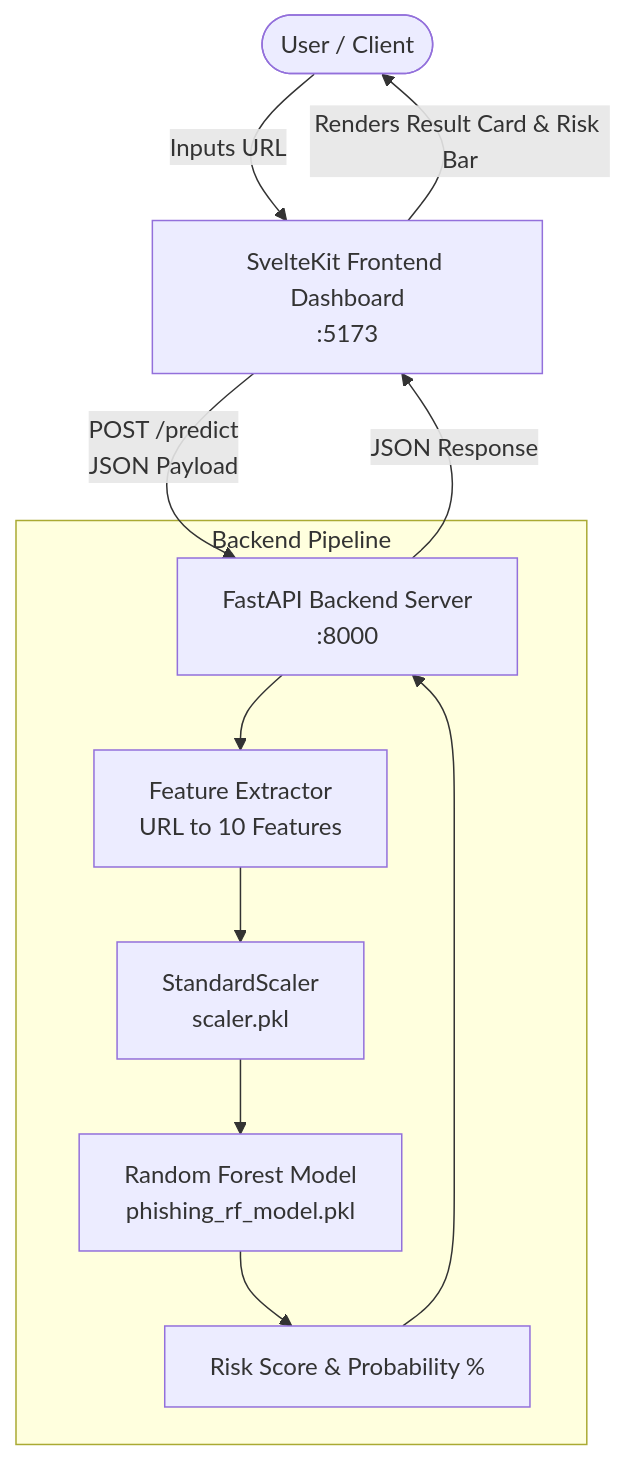
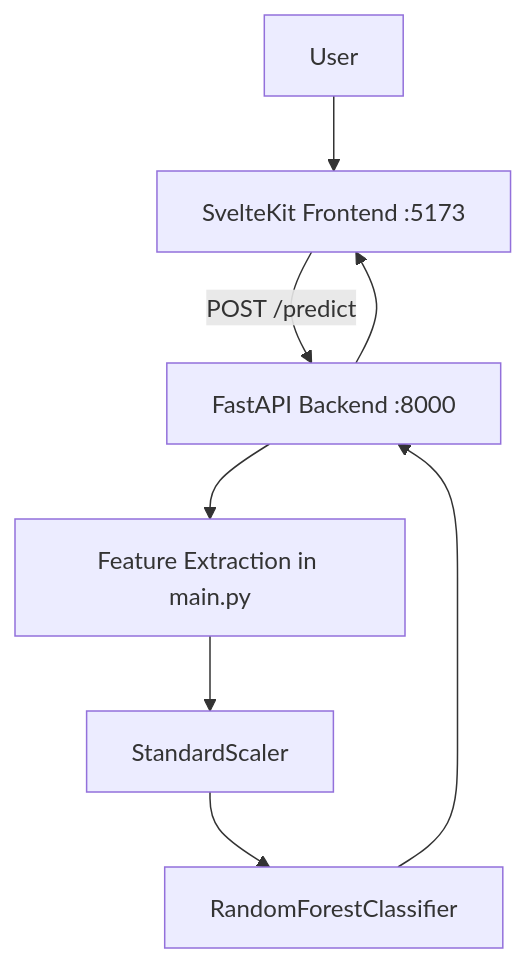
One commit to DiilaNa/Phishing-URL-Detecting-Application changed the diagram in README.md. Above: the diagram before and after it, drawn with Mermaid. The commit also changed other lines of this file and 4 other files, not shown here.

First line of the commit message:
Refactor feature extraction and model handling in phishing detection

````diff
--- a/README.md
+++ b/README.md
@@ -54,16 +24,10 @@
 ```mermaid
 flowchart TD
-    User([User / Client]) -->|Inputs URL| UI[SvelteKit Frontend Dashboard\n:5173]
-    UI -->|POST /predict\nJSON Payload| API[FastAPI Backend Server\n:8000]
-    
-    subgraph Backend Pipeline
-        API --> FE[Feature Extractor\nURL to 10 Features]
-        FE --> Scaler[StandardScaler\nscaler.pkl]
-        Scaler --> RF[Random Forest Model\nphishing_rf_model.pkl]
-        RF --> Prob[Risk Score & Probability %]
-    end
-    
-    Prob --> API
-    API -->|JSON Response| UI
-    UI -->|Renders Result Card & Risk Bar| User
+    U[User] --> FE[SvelteKit Frontend :5173]
+    FE -->|POST /predict| BE[FastAPI Backend :8000]
+    BE --> FX[Feature Extraction in main.py]
+    FX --> SC[StandardScaler]
+    SC --> RF[RandomForestClassifier]
+    RF --> BE
+    BE --> FE
 ```
````
